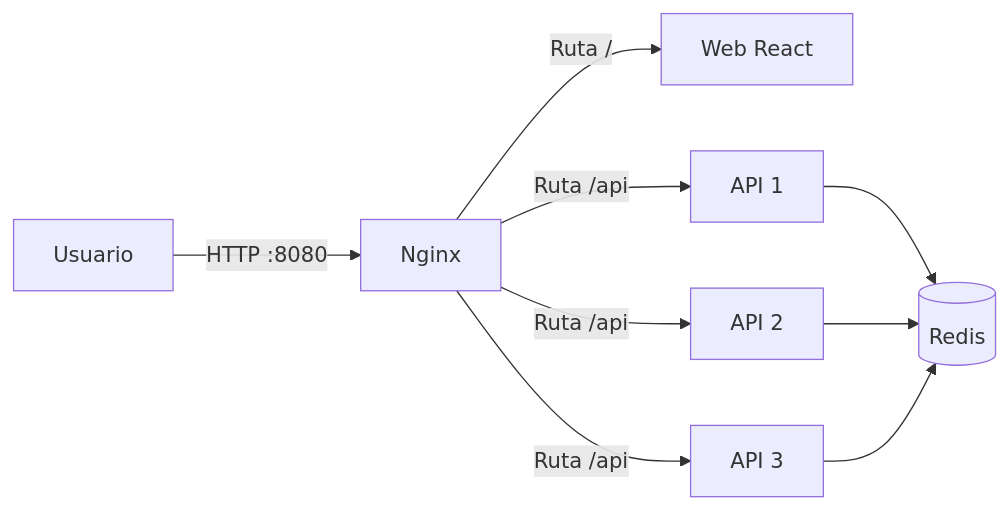
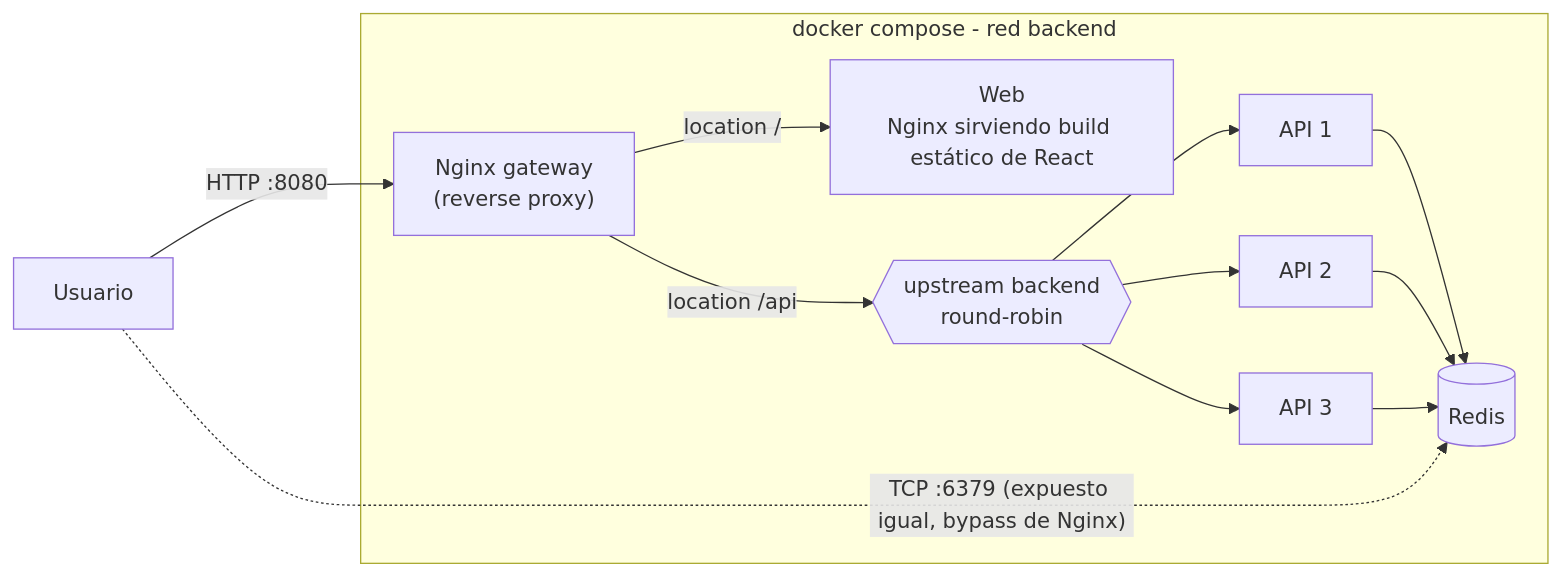
Before and after one commit to yamilmoselli/tp1devops: the first of 2 diagrams in docs/INFORME_TP1_DEVOPS.md, drawn with Mermaid. The commit also changed other lines of this file, not shown here.

````diff
--- a/docs/INFORME_TP1_DEVOPS.md
+++ b/docs/INFORME_TP1_DEVOPS.md
@@ -161,11 +107,25 @@
 ```mermaid
 flowchart LR
-    U[Usuario] -->|HTTP :8080| N[Nginx]
-    N -->|Ruta /| W[Web React]
-    N -->|Ruta /api| A1[API 1]
-    N -->|Ruta /api| A2[API 2]
-    N -->|Ruta /api| A3[API 3]
-    A1 --> R[(Redis)]
+    U[Usuario]
+
+    subgraph compose["docker compose - red backend"]
+        N["Nginx gateway<br/>(reverse proxy)"]
+        W["Web<br/>Nginx sirviendo build estático de React"]
+        UP{{"upstream backend<br/>round-robin"}}
+        A1[API 1]
+        A2[API 2]
+        A3[API 3]
+        R[(Redis)]
+    end
+
+    U -->|"HTTP :8080"| N
+    N -->|"location /"| W
+    N -->|"location /api"| UP
+    UP --> A1
+    UP --> A2
+    UP --> A3
+    A1 --> R
     A2 --> R
     A3 --> R
+    U -.->|"TCP :6379 (expuesto igual, bypass de Nginx)"| R
 ```
````
